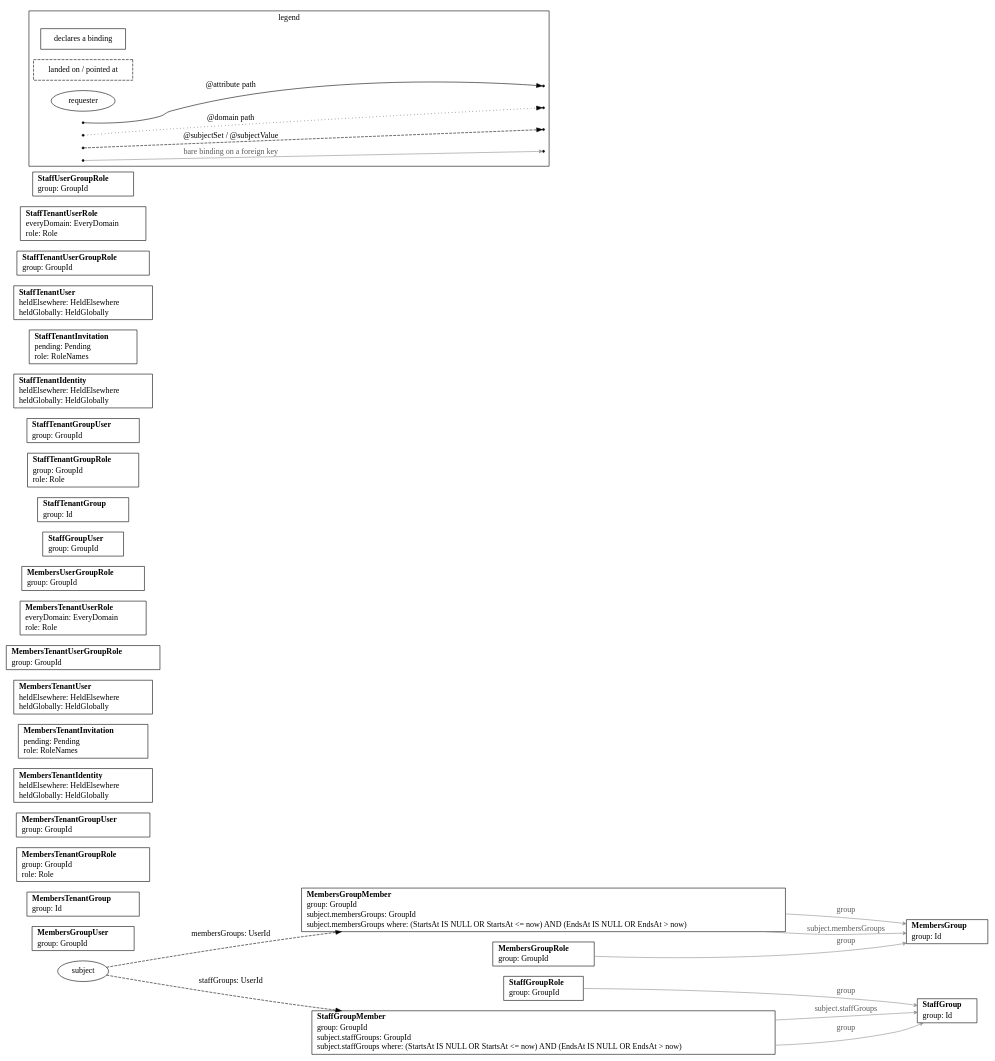
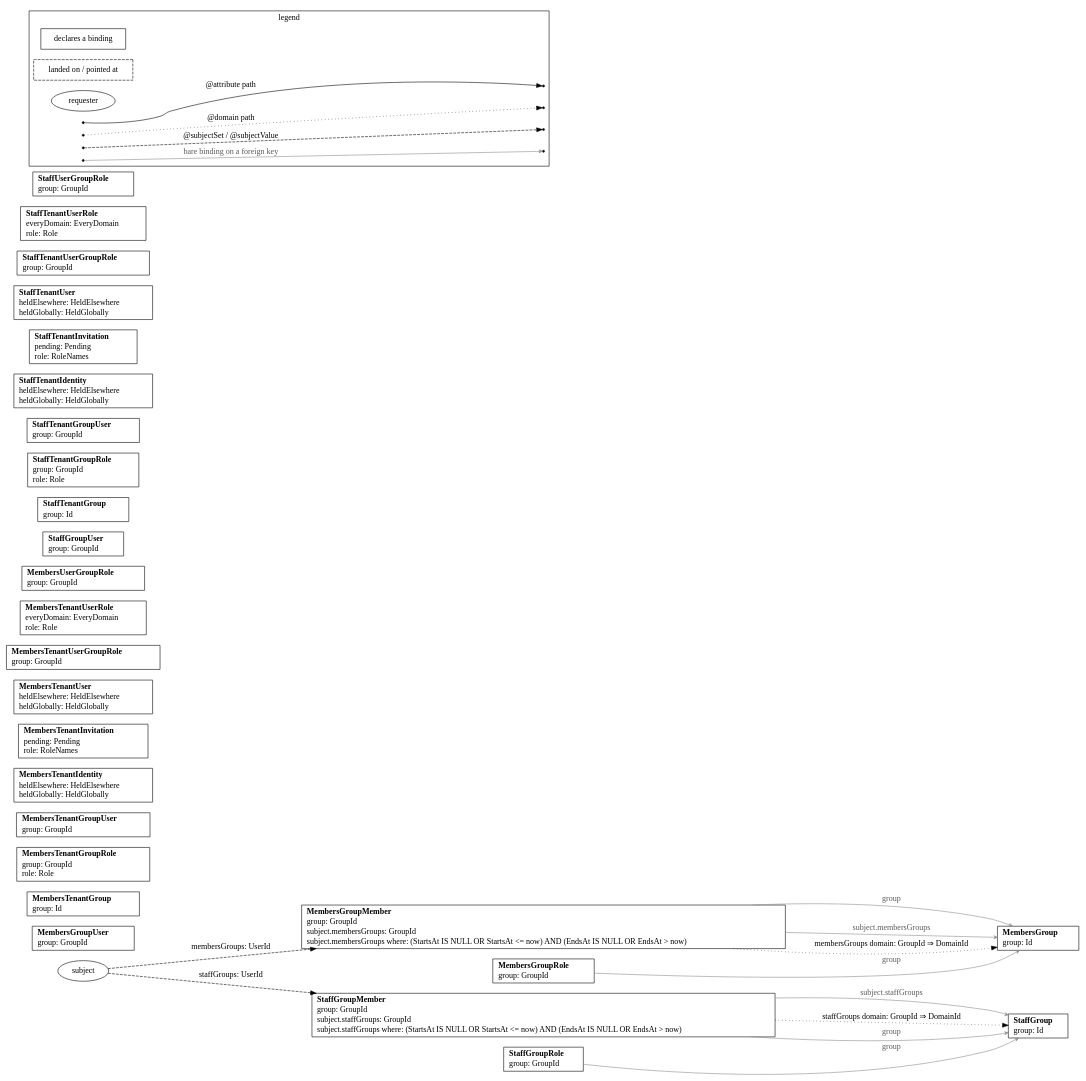
The diagram in cmd/impulse/internal/skeleton/_candidates/outlets/pkg/resources/zz_gen_bindings.dot (impulseframework/impulse), drawn with Graphviz before and after one commit. The commit also changed 16 other files, not shown here.

First line of the commit message:
fix(impulse): an application made from a skeleton keeps a person's groups to their own tenant's requests

```diff
--- a/cmd/impulse/internal/skeleton/_candidates/outlets/pkg/resources/zz_gen_bindings.dot
+++ b/cmd/impulse/internal/skeleton/_candidates/outlets/pkg/resources/zz_gen_bindings.dot
@@ -1,71 +1,77 @@
 // Code generated by resourcegeneration. DO NOT EDIT.
 // Bindings: every attribute and subject binding this package declares. A box per
 // declaring resource lists its bare bindings as `name: column`; dashed boxes are
 // the tables a path lands on or a foreign key points at; the subject ellipse is
 // the requester, entering each anchor once with every name it yields there. One
 // edge per hop, drawn once however many paths share it: solid for @attribute,
 // dotted for @domain, dashed for a subject binding, labeled `name: column` on a
 // continuing hop and `name: column ⇒ column` where the path terminates; a thin
 // grey edge points a bare binding on a foreign key at its table. Facts only: no
 // grant or condition is drawn.
 // A subject set that writes a who: or a where: part lists each under the set, in
 // the columns' names: who: says which rows are the requester's, where: which of
 // those rows count. A set that builds on another is a dashed edge from the
 // resource declaring that other set, labeled `name: column IN subject.other`.
+// A subject set that writes a domain: part says where its rows' tenant is found,
+// and in a request with a tenant the set holds that tenant's rows alone. The path
+// is drawn dotted, as @domain's is, under the set's name: `name domain: column` on
+// a continuing hop and `name domain: column ⇒ column` where it reads the tenant.
 digraph Bindings {
 	rankdir=LR;
 	node [shape=box];
 	"MembersGroup" [label=<<table border="0" cellborder="0" cellspacing="0" cellpadding="1"><tr><td align="left"><b>MembersGroup</b></td></tr><tr><td align="left">group: Id</td></tr></table>>];
 	"MembersGroupMember" [label=<<table border="0" cellborder="0" cellspacing="0" cellpadding="1"><tr><td align="left"><b>MembersGroupMember</b></td></tr><tr><td align="left">group: GroupId</td></tr><tr><td align="left">subject.membersGroups: GroupId</td></tr><tr><td align="left">subject.membersGroups where: (StartsAt IS NULL OR StartsAt &lt;= now) AND (EndsAt IS NULL OR EndsAt &gt; now)</td></tr></table>>];
 	"MembersGroupRole" [label=<<table border="0" cellborder="0" cellspacing="0" cellpadding="1"><tr><td align="left"><b>MembersGroupRole</b></td></tr><tr><td align="left">group: GroupId</td></tr></table>>];
 	"MembersGroupUser" [label=<<table border="0" cellborder="0" cellspacing="0" cellpadding="1"><tr><td align="left"><b>MembersGroupUser</b></td></tr><tr><td align="left">group: GroupId</td></tr></table>>];
 	"MembersTenantGroup" [label=<<table border="0" cellborder="0" cellspacing="0" cellpadding="1"><tr><td align="left"><b>MembersTenantGroup</b></td></tr><tr><td align="left">group: Id</td></tr></table>>];
 	"MembersTenantGroupRole" [label=<<table border="0" cellborder="0" cellspacing="0" cellpadding="1"><tr><td align="left"><b>MembersTenantGroupRole</b></td></tr><tr><td align="left">group: GroupId</td></tr><tr><td align="left">role: Role</td></tr></table>>];
 	"MembersTenantGroupUser" [label=<<table border="0" cellborder="0" cellspacing="0" cellpadding="1"><tr><td align="left"><b>MembersTenantGroupUser</b></td></tr><tr><td align="left">group: GroupId</td></tr></table>>];
 	"MembersTenantIdentity" [label=<<table border="0" cellborder="0" cellspacing="0" cellpadding="1"><tr><td align="left"><b>MembersTenantIdentity</b></td></tr><tr><td align="left">heldElsewhere: HeldElsewhere</td></tr><tr><td align="left">heldGlobally: HeldGlobally</td></tr></table>>];
 	"MembersTenantInvitation" [label=<<table border="0" cellborder="0" cellspacing="0" cellpadding="1"><tr><td align="left"><b>MembersTenantInvitation</b></td></tr><tr><td align="left">pending: Pending</td></tr><tr><td align="left">role: RoleNames</td></tr></table>>];
 	"MembersTenantUser" [label=<<table border="0" cellborder="0" cellspacing="0" cellpadding="1"><tr><td align="left"><b>MembersTenantUser</b></td></tr><tr><td align="left">heldElsewhere: HeldElsewhere</td></tr><tr><td align="left">heldGlobally: HeldGlobally</td></tr></table>>];
 	"MembersTenantUserGroupRole" [label=<<table border="0" cellborder="0" cellspacing="0" cellpadding="1"><tr><td align="left"><b>MembersTenantUserGroupRole</b></td></tr><tr><td align="left">group: GroupId</td></tr></table>>];
 	"MembersTenantUserRole" [label=<<table border="0" cellborder="0" cellspacing="0" cellpadding="1"><tr><td align="left"><b>MembersTenantUserRole</b></td></tr><tr><td align="left">everyDomain: EveryDomain</td></tr><tr><td align="left">role: Role</td></tr></table>>];
 	"MembersUserGroupRole" [label=<<table border="0" cellborder="0" cellspacing="0" cellpadding="1"><tr><td align="left"><b>MembersUserGroupRole</b></td></tr><tr><td align="left">group: GroupId</td></tr></table>>];
 	"StaffGroup" [label=<<table border="0" cellborder="0" cellspacing="0" cellpadding="1"><tr><td align="left"><b>StaffGroup</b></td></tr><tr><td align="left">group: Id</td></tr></table>>];
 	"StaffGroupMember" [label=<<table border="0" cellborder="0" cellspacing="0" cellpadding="1"><tr><td align="left"><b>StaffGroupMember</b></td></tr><tr><td align="left">group: GroupId</td></tr><tr><td align="left">subject.staffGroups: GroupId</td></tr><tr><td align="left">subject.staffGroups where: (StartsAt IS NULL OR StartsAt &lt;= now) AND (EndsAt IS NULL OR EndsAt &gt; now)</td></tr></table>>];
 	"StaffGroupRole" [label=<<table border="0" cellborder="0" cellspacing="0" cellpadding="1"><tr><td align="left"><b>StaffGroupRole</b></td></tr><tr><td align="left">group: GroupId</td></tr></table>>];
 	"StaffGroupUser" [label=<<table border="0" cellborder="0" cellspacing="0" cellpadding="1"><tr><td align="left"><b>StaffGroupUser</b></td></tr><tr><td align="left">group: GroupId</td></tr></table>>];
 	"StaffTenantGroup" [label=<<table border="0" cellborder="0" cellspacing="0" cellpadding="1"><tr><td align="left"><b>StaffTenantGroup</b></td></tr><tr><td align="left">group: Id</td></tr></table>>];
 	"StaffTenantGroupRole" [label=<<table border="0" cellborder="0" cellspacing="0" cellpadding="1"><tr><td align="left"><b>StaffTenantGroupRole</b></td></tr><tr><td align="left">group: GroupId</td></tr><tr><td align="left">role: Role</td></tr></table>>];
 	"StaffTenantGroupUser" [label=<<table border="0" cellborder="0" cellspacing="0" cellpadding="1"><tr><td align="left"><b>StaffTenantGroupUser</b></td></tr><tr><td align="left">group: GroupId</td></tr></table>>];
 	"StaffTenantIdentity" [label=<<table border="0" cellborder="0" cellspacing="0" cellpadding="1"><tr><td align="left"><b>StaffTenantIdentity</b></td></tr><tr><td align="left">heldElsewhere: HeldElsewhere</td></tr><tr><td align="left">heldGlobally: HeldGlobally</td></tr></table>>];
 	"StaffTenantInvitation" [label=<<table border="0" cellborder="0" cellspacing="0" cellpadding="1"><tr><td align="left"><b>StaffTenantInvitation</b></td></tr><tr><td align="left">pending: Pending</td></tr><tr><td align="left">role: RoleNames</td></tr></table>>];
 	"StaffTenantUser" [label=<<table border="0" cellborder="0" cellspacing="0" cellpadding="1"><tr><td align="left"><b>StaffTenantUser</b></td></tr><tr><td align="left">heldElsewhere: HeldElsewhere</td></tr><tr><td align="left">heldGlobally: HeldGlobally</td></tr></table>>];
 	"StaffTenantUserGroupRole" [label=<<table border="0" cellborder="0" cellspacing="0" cellpadding="1"><tr><td align="left"><b>StaffTenantUserGroupRole</b></td></tr><tr><td align="left">group: GroupId</td></tr></table>>];
 	"StaffTenantUserRole" [label=<<table border="0" cellborder="0" cellspacing="0" cellpadding="1"><tr><td align="left"><b>StaffTenantUserRole</b></td></tr><tr><td align="left">everyDomain: EveryDomain</td></tr><tr><td align="left">role: Role</td></tr></table>>];
 	"StaffUserGroupRole" [label=<<table border="0" cellborder="0" cellspacing="0" cellpadding="1"><tr><td align="left"><b>StaffUserGroupRole</b></td></tr><tr><td align="left">group: GroupId</td></tr></table>>];
 	"subject" [shape=ellipse];
+	"MembersGroupMember" -> "MembersGroup" [style=dotted, label="membersGroups domain: GroupId ⇒ DomainId"];
+	"StaffGroupMember" -> "StaffGroup" [style=dotted, label="staffGroups domain: GroupId ⇒ DomainId"];
 	"subject" -> "MembersGroupMember" [style=dashed, label="membersGroups: UserId"];
 	"subject" -> "StaffGroupMember" [style=dashed, label="staffGroups: UserId"];
 	"MembersGroupMember" -> "MembersGroup" [color=gray55, fontcolor=gray35, arrowhead=vee, arrowsize=0.6, label="group"];
 	"MembersGroupMember" -> "MembersGroup" [color=gray55, fontcolor=gray35, arrowhead=vee, arrowsize=0.6, label="subject.membersGroups"];
 	"MembersGroupRole" -> "MembersGroup" [color=gray55, fontcolor=gray35, arrowhead=vee, arrowsize=0.6, label="group"];
 	"StaffGroupMember" -> "StaffGroup" [color=gray55, fontcolor=gray35, arrowhead=vee, arrowsize=0.6, label="group"];
 	"StaffGroupMember" -> "StaffGroup" [color=gray55, fontcolor=gray35, arrowhead=vee, arrowsize=0.6, label="subject.staffGroups"];
 	"StaffGroupRole" -> "StaffGroup" [color=gray55, fontcolor=gray35, arrowhead=vee, arrowsize=0.6, label="group"];
 	subgraph cluster_legend {
 		label="legend";
 		"declares a binding" [shape=box];
 		"landed on / pointed at" [shape=box, style=dashed];
 		"requester" [shape=ellipse];
 		"legend:attribute" [shape=point];
 		"legend:attribute:to" [shape=point];
 		"legend:domain" [shape=point];
 		"legend:domain:to" [shape=point];
 		"legend:subject" [shape=point];
 		"legend:subject:to" [shape=point];
 		"legend:reference" [shape=point];
 		"legend:reference:to" [shape=point];
 		"legend:attribute" -> "legend:attribute:to" [label="@attribute path"];
 		"legend:domain" -> "legend:domain:to" [style=dotted, label="@domain path"];
 		"legend:subject" -> "legend:subject:to" [style=dashed, label="@subjectSet / @subjectValue"];
 		"legend:reference" -> "legend:reference:to" [color=gray55, fontcolor=gray35, arrowhead=vee, arrowsize=0.6, label="bare binding on a foreign key"];
 	}
 }
```
